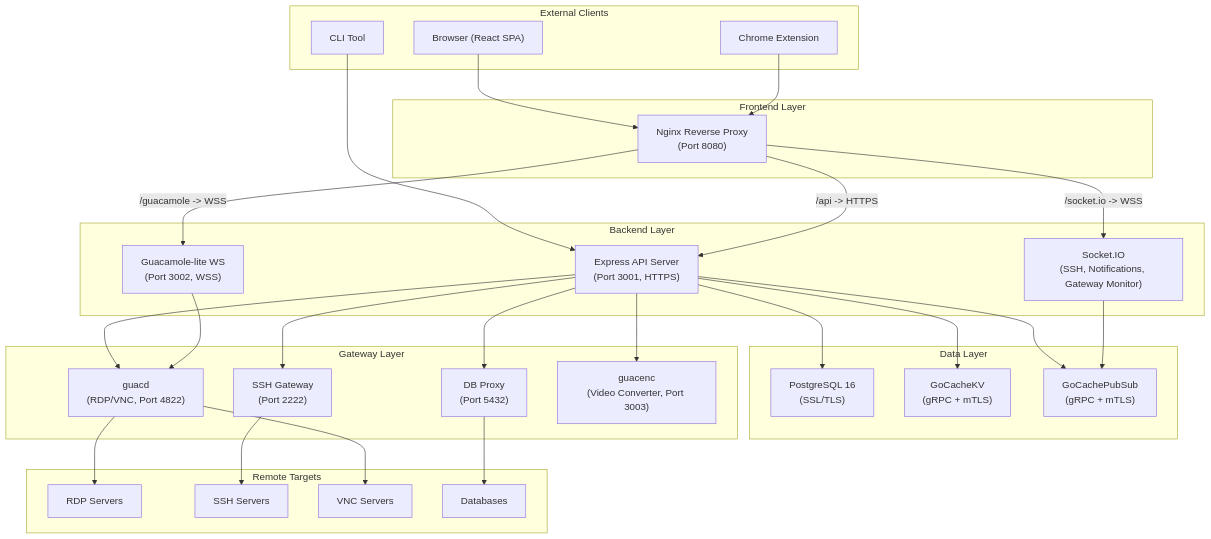
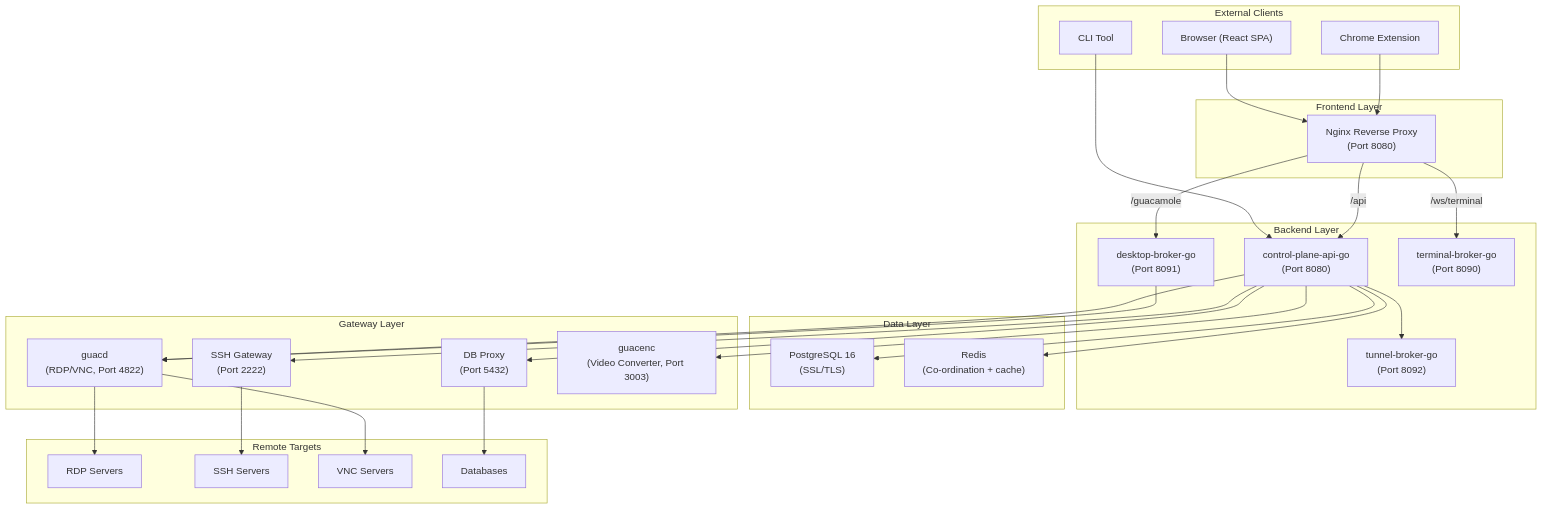
The first of 11 diagrams in docs/architecture.md (dnviti/arsenale), drawn with Mermaid before and after one commit. The commit also changed other lines of this file and 300 other files, not shown here.

````diff
--- a/docs/architecture.md
+++ b/docs/architecture.md
@@ -35,63 +31,61 @@
 ```mermaid
 flowchart TD
     subgraph External["External Clients"]
         Browser["Browser (React SPA)"]
         Extension["Chrome Extension"]
         CLI["CLI Tool"]
     end
 
     subgraph Frontend["Frontend Layer"]
         Nginx["Nginx Reverse Proxy\n(Port 8080)"]
     end
 
     subgraph Backend["Backend Layer"]
-        Express["Express API Server\n(Port 3001, HTTPS)"]
-        GuacWS["Guacamole-lite WS\n(Port 3002, WSS)"]
-        SocketIO["Socket.IO\n(SSH, Notifications, Gateway Monitor)"]
+        API["control-plane-api-go\n(Port 8080)"]
+        Desktop["desktop-broker-go\n(Port 8091)"]
+        Terminal["terminal-broker-go\n(Port 8090)"]
+        Tunnel["tunnel-broker-go\n(Port 8092)"]
     end
 
     subgraph Data["Data Layer"]
         Postgres["PostgreSQL 16\n(SSL/TLS)"]
-        GoCacheKV["GoCacheKV\n(gRPC + mTLS)"]
-        GoCachePubSub["GoCachePubSub\n(gRPC + mTLS)"]
+        Redis["Redis\n(Co-ordination + cache)"]
     end
 
     subgraph Gateways["Gateway Layer"]
         Guacd["guacd\n(RDP/VNC, Port 4822)"]
         SSHGw["SSH Gateway\n(Port 2222)"]
         DBProxy["DB Proxy\n(Port 5432)"]
         Guacenc["guacenc\n(Video Converter, Port 3003)"]
     end
 
     subgraph Targets["Remote Targets"]
         RDPServer["RDP Servers"]
         SSHServer["SSH Servers"]
         VNCServer["VNC Servers"]
         DBServer["Databases"]
     end
 
     Browser --> Nginx
     Extension --> Nginx
-    CLI --> Express
+    CLI --> API
 
-    Nginx -->|"/api -> HTTPS"| Express
-    Nginx -->|"/socket.io -> WSS"| SocketIO
-    Nginx -->|"/guacamole -> WSS"| GuacWS
+    Nginx -->|"/api"| API
+    Nginx -->|"/guacamole"| Desktop
+    Nginx -->|"/ws/terminal"| Terminal
 
-    Express --> Postgres
-    Express --> GoCacheKV
-    Express --> GoCachePubSub
-    SocketIO --> GoCachePubSub
+    API --> Postgres
+    API --> Redis
+    API --> Guacd
+    API --> SSHGw
+    API --> DBProxy
+    API --> Guacenc
+    API --> Tunnel
 
-    Express --> Guacd
-    Express --> SSHGw
-    Express --> DBProxy
-    Express --> Guacenc
-
-    GuacWS --> Guacd
+    Desktop --> Guacd
 
     Guacd --> RDPServer
     Guacd --> VNCServer
     SSHGw --> SSHServer
     DBProxy --> DBServer
 ```
````
